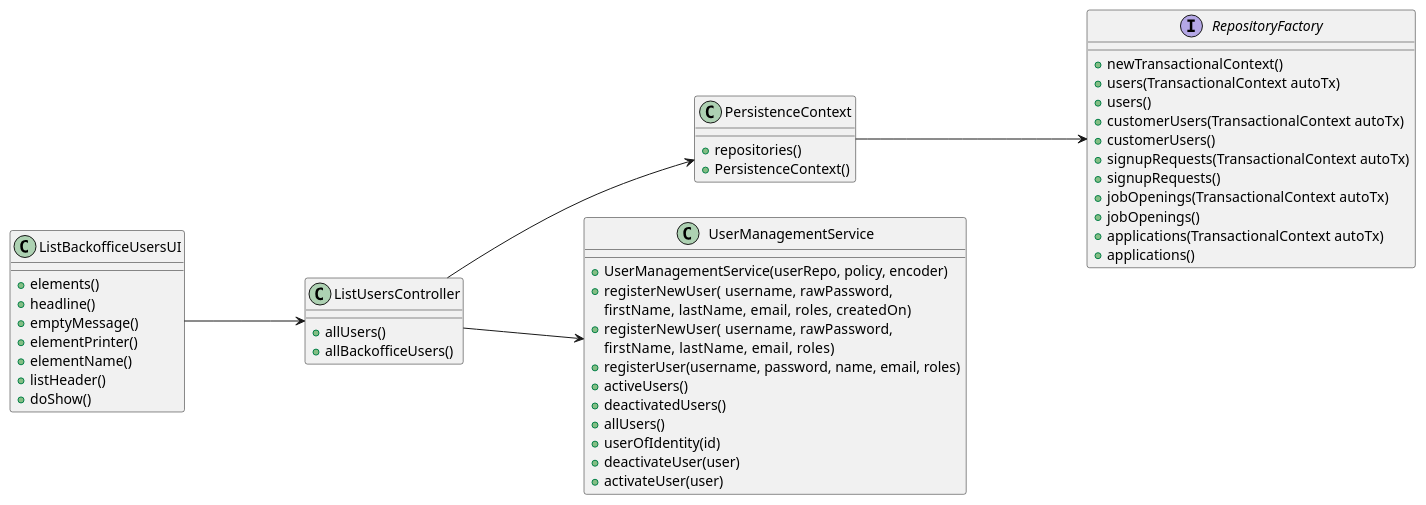
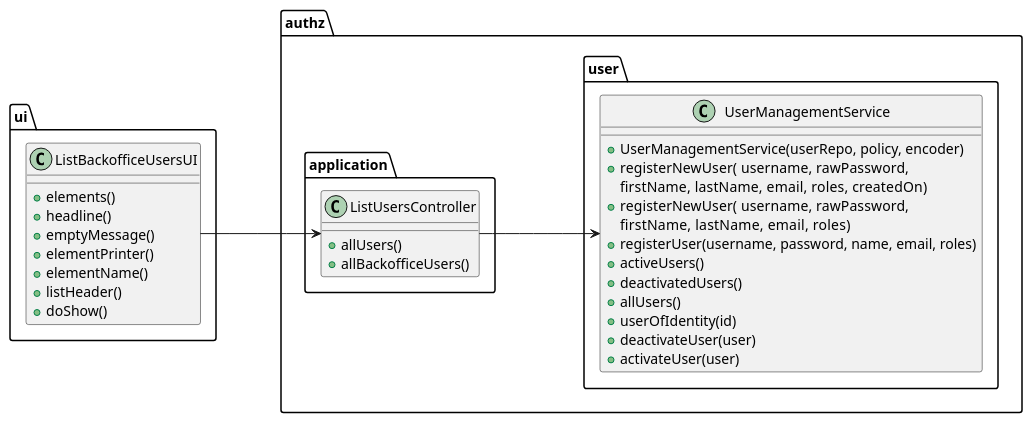
One commit to MiguelCardoso77/LAPR4 changed the diagram in docs/SprintB/list-backoffice-users/class-diagram.puml. Above: the diagram before and after it, drawn with PlantUML. The commit also changed 25 other files, not shown here.

```diff
--- a/docs/SprintB/list-backoffice-users/class-diagram.puml
+++ b/docs/SprintB/list-backoffice-users/class-diagram.puml
@@ -1,64 +1,46 @@
 @startuml
 'skinparam linetype ortho
 left to right direction
 
+package "ui"{
 class ListBackofficeUsersUI {
     + elements()
     + headline()
     + emptyMessage()
     + elementPrinter()
     + elementName()
     + listHeader()
     + doShow()
 }
-
+}
+package "authz"{
+package "application"{
 class ListUsersController {
     + allUsers()
     + allBackofficeUsers()
 }
-
-interface RepositoryFactory {
-    + newTransactionalContext()
-    + users(TransactionalContext autoTx)
-    + users()
-    + customerUsers(TransactionalContext autoTx)
-    + customerUsers()
-    + signupRequests(TransactionalContext autoTx)
-    + signupRequests()
-    + jobOpenings(TransactionalContext autoTx)
-    + jobOpenings()
-    + applications(TransactionalContext autoTx)
-    + applications()
 }
 
-class PersistenceContext {
-    + repositories()
-    + PersistenceContext()
-}
-
+package "user"{
 class UserManagementService {
     + UserManagementService(userRepo, policy, encoder)
     + registerNewUser( username,  rawPassword,
     firstName,  lastName,  email, roles, createdOn)
     + registerNewUser( username,  rawPassword,
     firstName,  lastName,  email, roles)
     + registerUser(username, password, name, email, roles)
     + activeUsers()
     + deactivatedUsers()
     + allUsers()
     + userOfIdentity(id)
     + deactivateUser(user)
     + activateUser(user)
 }
-
-
+}
+}
 ListBackofficeUsersUI ---> ListUsersController
 
 ListUsersController ---> UserManagementService
 
-ListUsersController ---> PersistenceContext
-
-
-PersistenceContext ---> RepositoryFactory
 
 @enduml
```
